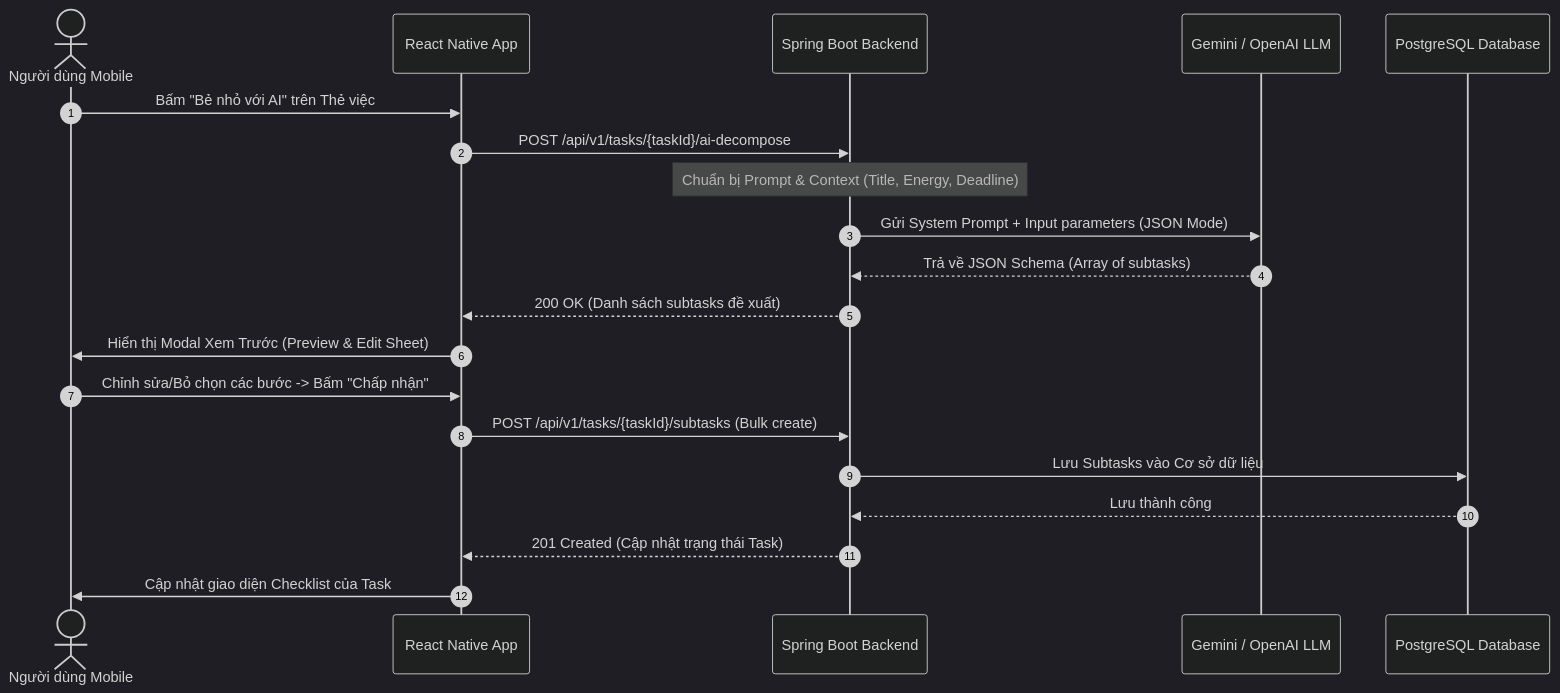
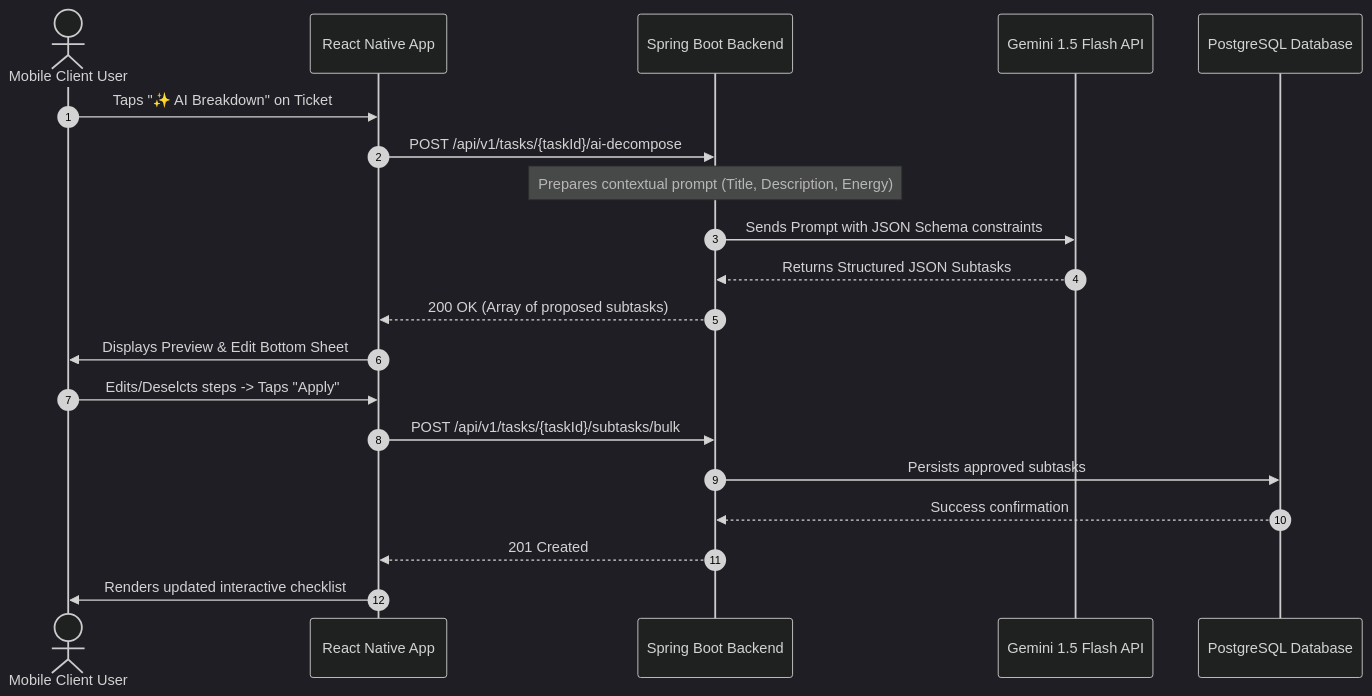
One commit to imkhari/Orbit changed the diagram in docs/02_PRD.md. Above: the diagram before and after it, drawn with Mermaid (dark theme). The commit also changed other lines of this file and 4 other files, not shown here.

````diff
--- a/docs/02_PRD.md
+++ b/docs/02_PRD.md
@@ -189,23 +170,23 @@
 ```mermaid
 sequenceDiagram
     autonumber
-    actor User as Người dùng Mobile
+    actor User as Mobile Client User
     participant RN as React Native App
     participant Spring as Spring Boot Backend
-    participant AI as Gemini / OpenAI LLM
+    participant AI as Gemini 1.5 Flash API
     participant DB as PostgreSQL Database
 
-    User->>RN: Bấm "Bẻ nhỏ với AI" trên Thẻ việc
+    User->>RN: Taps "✨ AI Breakdown" on Ticket
     RN->>Spring: POST /api/v1/tasks/{taskId}/ai-decompose
-    Note over Spring: Chuẩn bị Prompt & Context (Title, Energy, Deadline)
-    Spring->>AI: Gửi System Prompt + Input parameters (JSON Mode)
-    AI-->>Spring: Trả về JSON Schema (Array of subtasks)
-    Spring-->>RN: 200 OK (Danh sách subtasks đề xuất)
-    RN->>User: Hiển thị Modal Xem Trước (Preview & Edit Sheet)
-    User->>RN: Chỉnh sửa/Bỏ chọn các bước -> Bấm "Chấp nhận"
-    RN->>Spring: POST /api/v1/tasks/{taskId}/subtasks (Bulk create)
-    Spring->>DB: Lưu Subtasks vào Cơ sở dữ liệu
-    DB-->>Spring: Lưu thành công
-    Spring-->>RN: 201 Created (Cập nhật trạng thái Task)
-    RN->>User: Cập nhật giao diện Checklist của Task
+    Note over Spring: Prepares contextual prompt (Title, Description, Energy)
+    Spring->>AI: Sends Prompt with JSON Schema constraints
+    AI-->>Spring: Returns Structured JSON Subtasks
+    Spring-->>RN: 200 OK (Array of proposed subtasks)
+    RN->>User: Displays Preview & Edit Bottom Sheet
+    User->>RN: Edits/Deselcts steps -> Taps "Apply"
+    RN->>Spring: POST /api/v1/tasks/{taskId}/subtasks/bulk
+    Spring->>DB: Persists approved subtasks
+    DB-->>Spring: Success confirmation
+    Spring-->>RN: 201 Created
+    RN->>User: Renders updated interactive checklist
 ```
````
